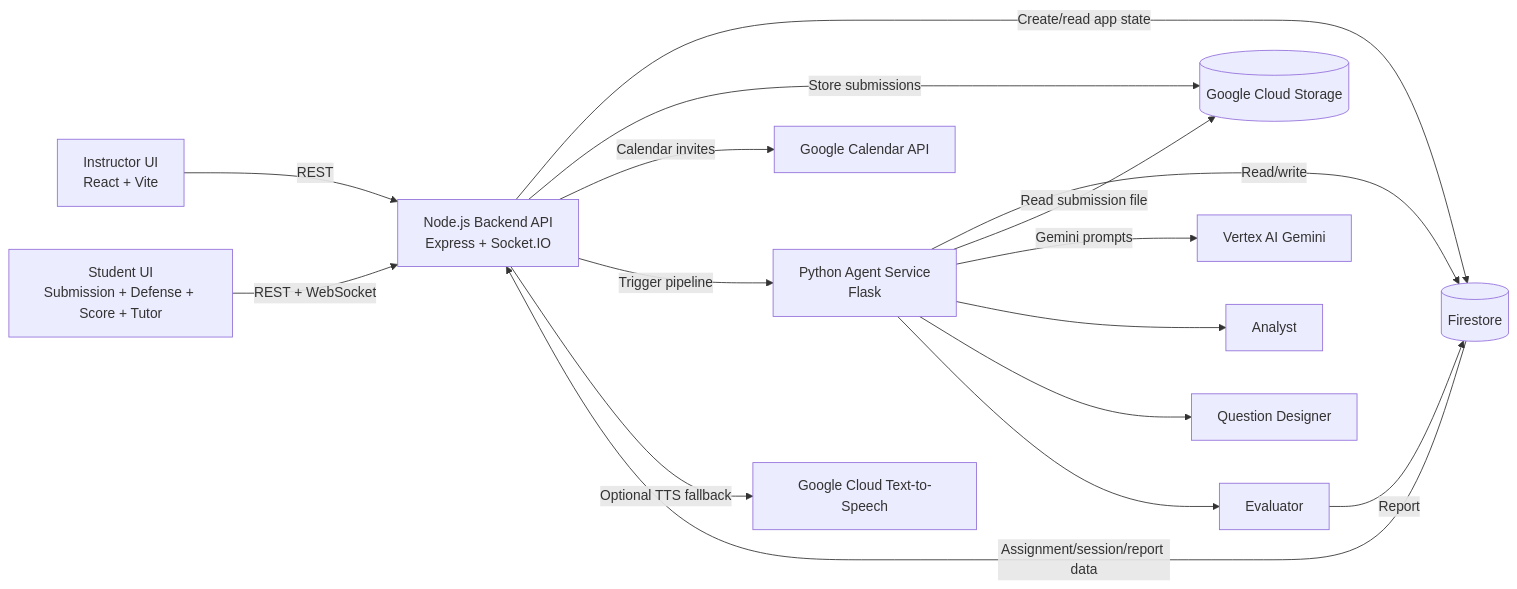
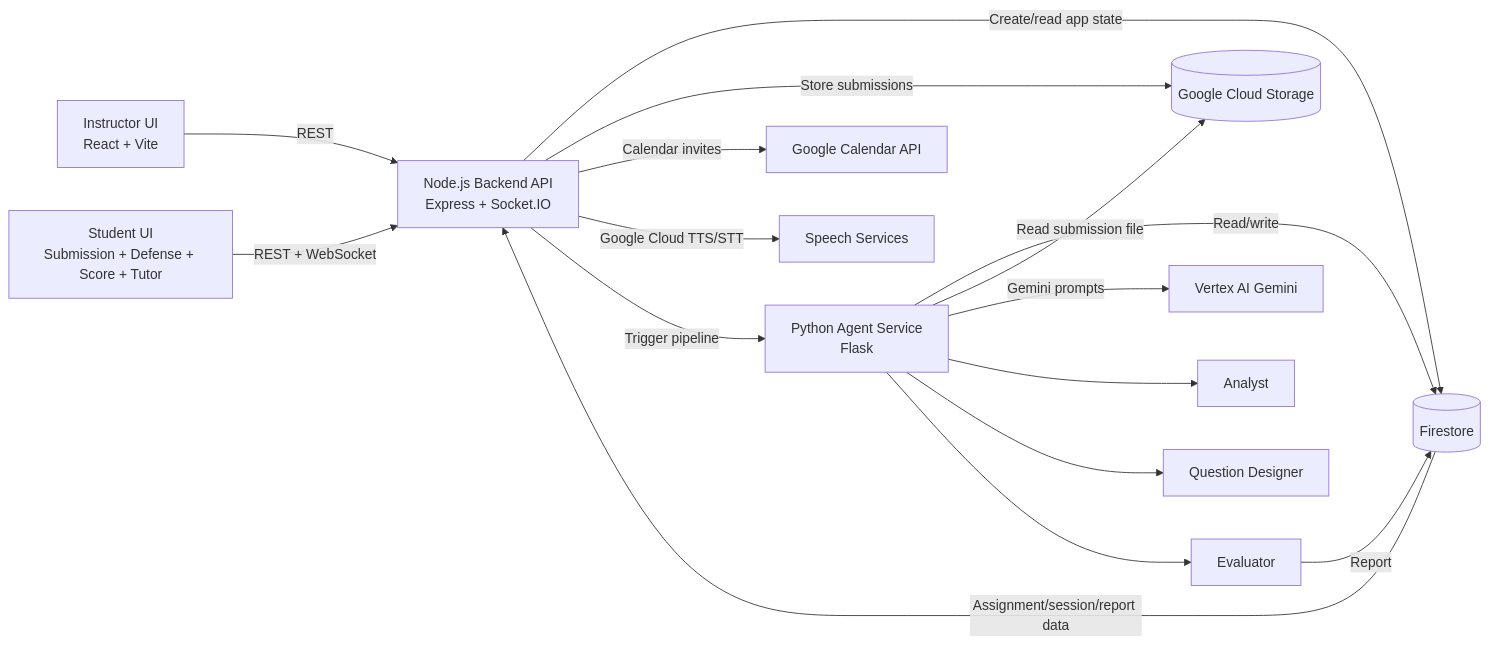
The diagram in README.md (DevelopedBy-Siva/after-proof), drawn with Mermaid before and after one commit. The commit also changed other lines of this file and 4 other files, not shown here.

Commit message:
Use google STT & TTS

````diff
--- a/README.md
+++ b/README.md
@@ -45,22 +45,22 @@
 ```mermaid
 flowchart LR
     A[Instructor UI<br/>React + Vite] -->|REST| B[Node.js Backend API<br/>Express + Socket.IO]
     S[Student UI<br/>Submission + Defense + Score + Tutor] -->|REST + WebSocket| B
 
     B -->|Create/read app state| F[(Firestore)]
     B -->|Store submissions| G[(Google Cloud Storage)]
     B -->|Calendar invites| C[Google Calendar API]
+    B -->|Google Cloud TTS/STT| X[Speech Services]
     B -->|Trigger pipeline| P[Python Agent Service<br/>Flask]
-    B -->|Optional TTS fallback| T[Google Cloud Text-to-Speech]
 
     P -->|Read/write| F
     P -->|Read submission file| G
     P -->|Gemini prompts| V[Vertex AI Gemini]
 
     P --> A1[Analyst]
     P --> A2[Question Designer]
     P --> A3[Evaluator]
 
     A3 -->|Report| F
     F -->|Assignment/session/report data| B
 ```
````
